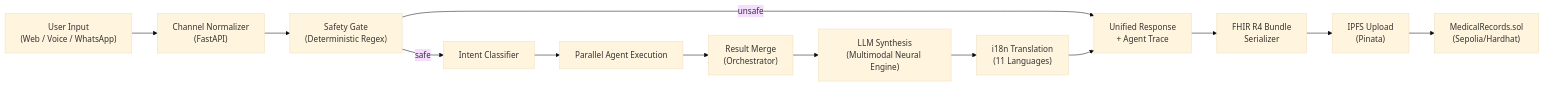
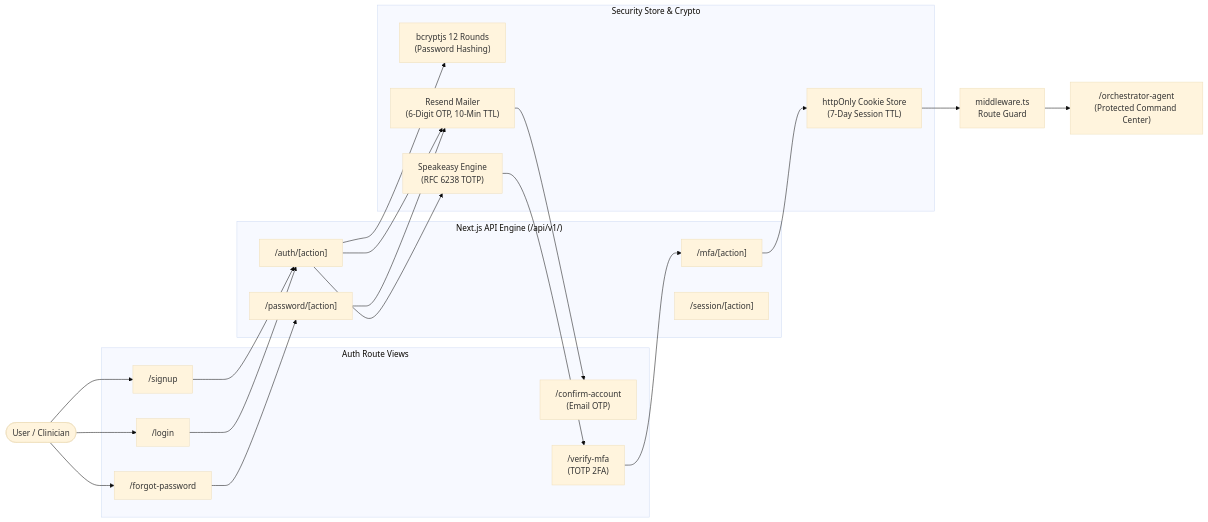
One commit to Rachit-Tiwari-7/SYNAPSE-NEURAL changed the ninth of 10 diagrams in README.md. Above: the diagram before and after it, drawn with Mermaid (base theme). The commit also changed other lines of this file and 53 other files, not shown here.

````diff
--- a/README.md
+++ b/README.md
@@ -2989,22 +489,36 @@
 ```mermaid
 flowchart LR
-    WEB["User Input\n(Web / Voice / WhatsApp)"]
-    NORM["Channel Normalizer\n(FastAPI)"]
-    SAFE["Safety Gate\n(Deterministic Regex)"]
-    INT["Intent Classifier"]
-    PARA["Parallel Agent Execution"]
-    MERGE["Result Merge\n(Orchestrator)"]
-    LLM["LLM Synthesis\n(Multimodal Neural Engine)"]
-    FHIR_B["FHIR R4 Bundle\nSerializer"]
-    I18N["i18n Translation\n(11 Languages)"]
-    OUT["Unified Response\n+ Agent Trace"]
-    IPFS_P["IPFS Upload\n(Pinata)"]
-    SOLIDITY["MedicalRecords.sol\n(Sepolia/Hardhat)"]
+    User(["User / Clinician"])
+    
+    subgraph AuthPages["Auth Route Views"]
+        P_SIGN["/signup"]
+        P_CONF["/confirm-account\n(Email OTP)"]
+        P_LOG["/login"]
+        P_MFA["/verify-mfa\n(TOTP 2FA)"]
+        P_PASS["/forgot-password"]
+    end
 
-    WEB --> NORM --> SAFE
-    SAFE -->|safe| INT --> PARA
-    SAFE -->|unsafe| OUT
-    PARA --> MERGE --> LLM --> I18N --> OUT
-    OUT --> FHIR_B
-    FHIR_B --> IPFS_P --> SOLIDITY
+    subgraph AuthAPI["Next.js API Engine (/api/v1/)"]
+        A_AUTH["/auth/[action]"]
+        A_MFA["/mfa/[action]"]
+        A_SESS["/session/[action]"]
+        A_PASS["/password/[action]"]
+    end
+
+    subgraph SecurityStore["Security Store & Crypto"]
+        BCRYPT["bcryptjs 12 Rounds\n(Password Hashing)"]
+        RESEND["Resend Mailer\n(6-Digit OTP, 10-Min TTL)"]
+        SPEAKEASY["Speakeasy Engine\n(RFC 6238 TOTP)"]
+        JWT_SESS["httpOnly Cookie Store\n(7-Day Session TTL)"]
+    end
+
+    PROTECTED["/orchestrator-agent\n(Protected Command Center)"]
+    MW["middleware.ts\nRoute Guard"]
+
+    User --> P_SIGN --> A_AUTH --> BCRYPT
+    A_AUTH --> RESEND --> P_CONF
+    User --> P_LOG --> A_AUTH
+    A_AUTH --> SPEAKEASY --> P_MFA --> A_MFA --> JWT_SESS
+    JWT_SESS --> MW --> PROTECTED
+    User --> P_PASS --> A_PASS --> RESEND
 ```
````
